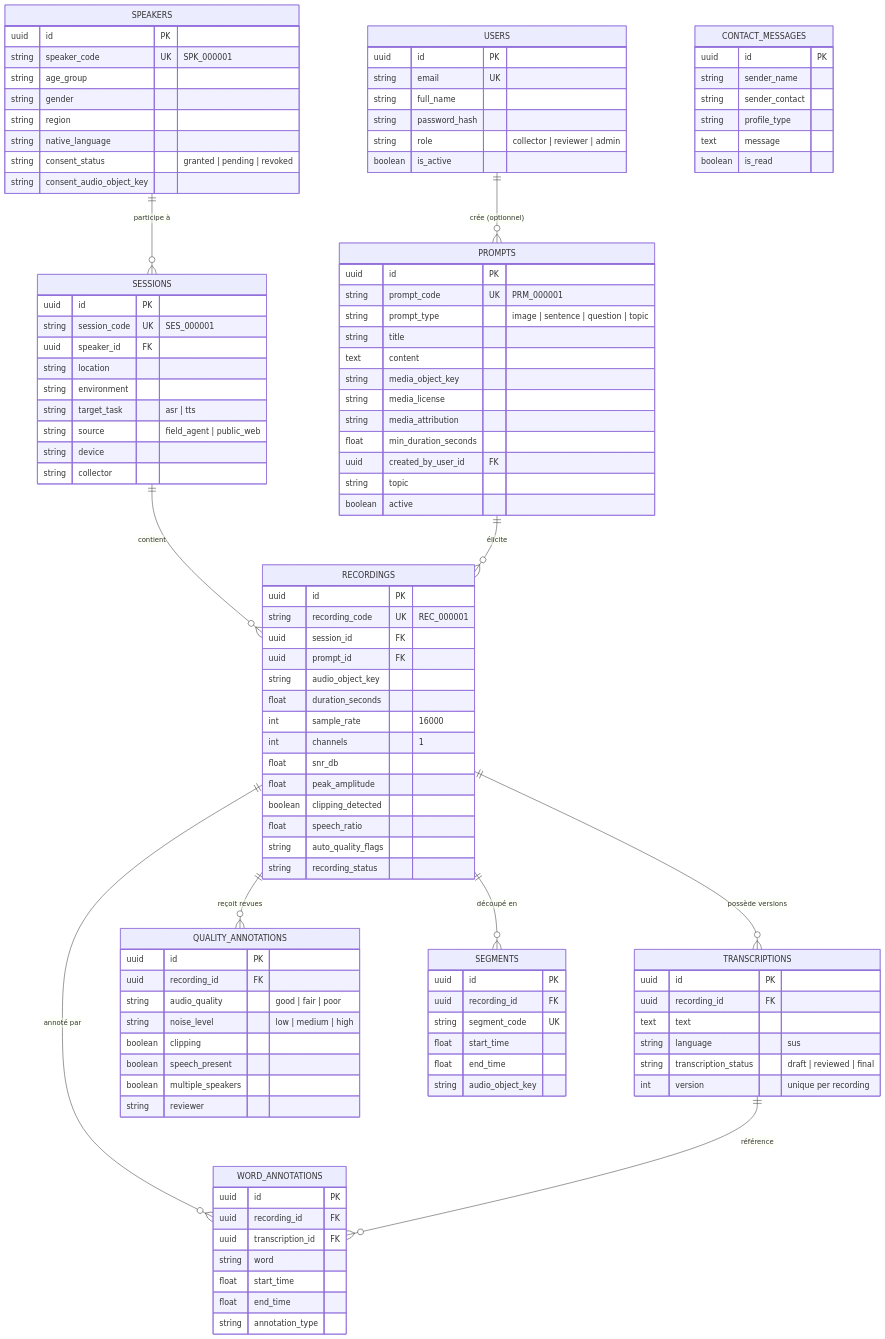
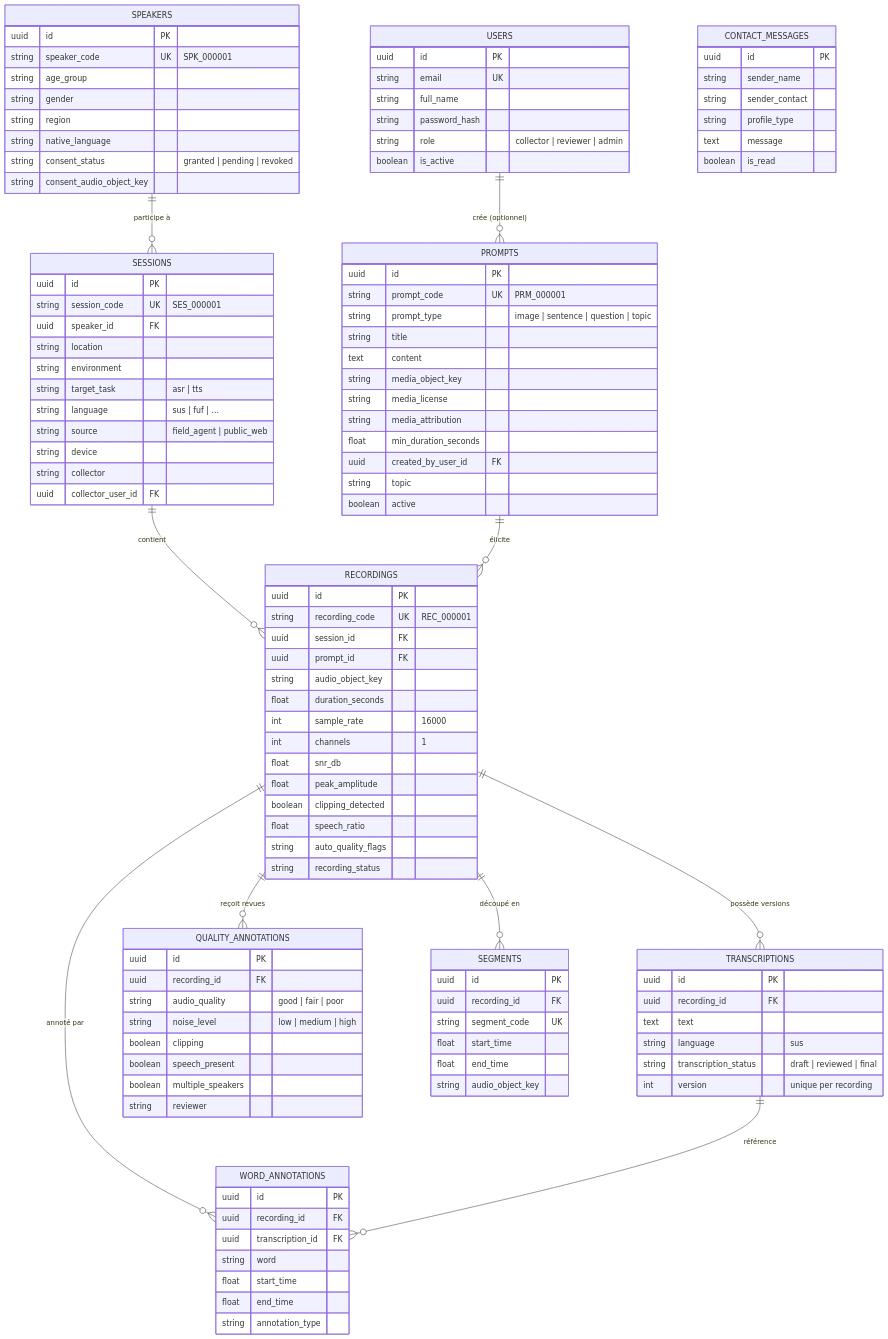
The second of 5 diagrams in ARCHITECTURE.md (MRTDS224/ALORA), drawn with Mermaid before and after one commit. The commit also changed other lines of this file and 2 other files, not shown here.

Commit message:
docs: sync README, ARCHITECTURE and CHANGELOG with v0.5.0 features

```diff
--- a/ARCHITECTURE.md
+++ b/ARCHITECTURE.md
@@ -110,9 +110,11 @@
         string location
         string environment
         string target_task "asr | tts"
+        string language "sus | fuf | ..."
         string source "field_agent | public_web"
         string device
         string collector
+        uuid collector_user_id FK
     }
 
     PROMPTS {
```
